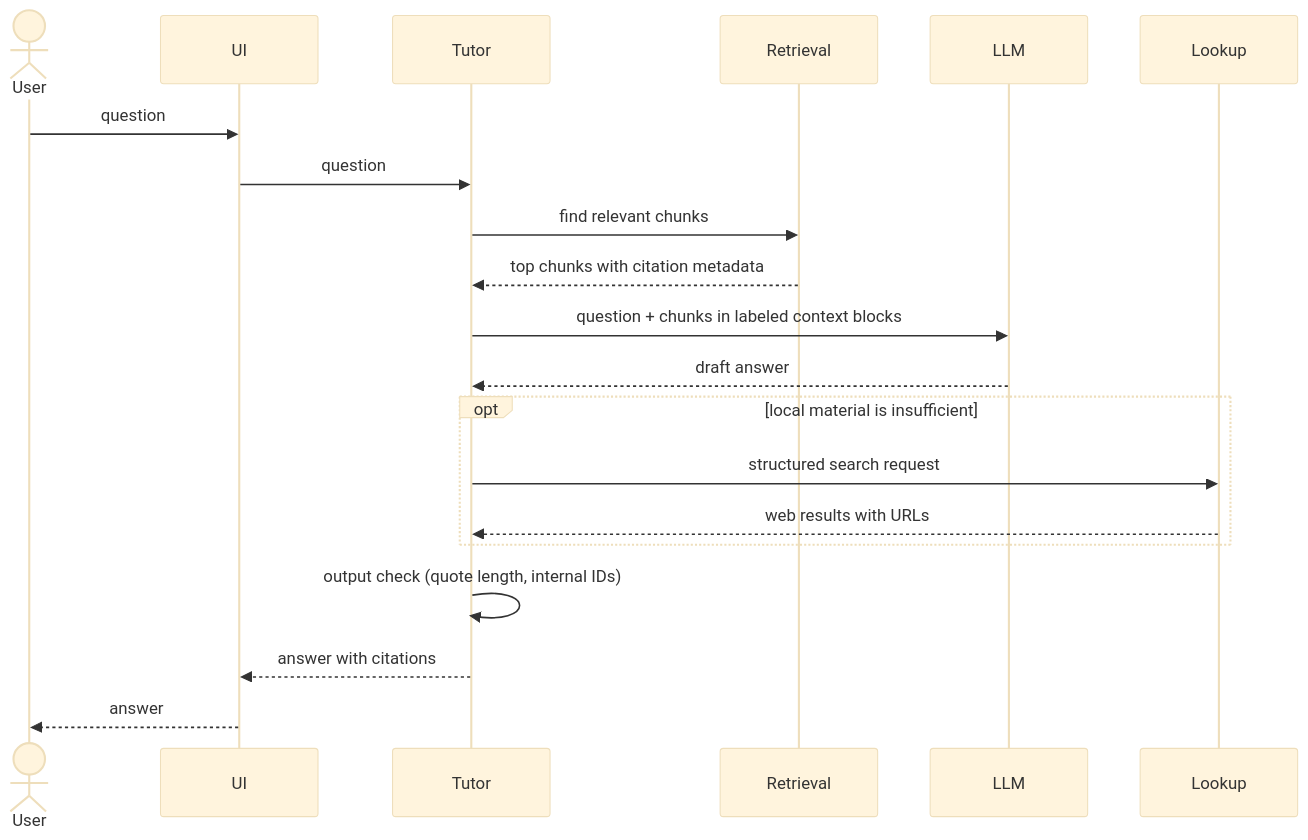
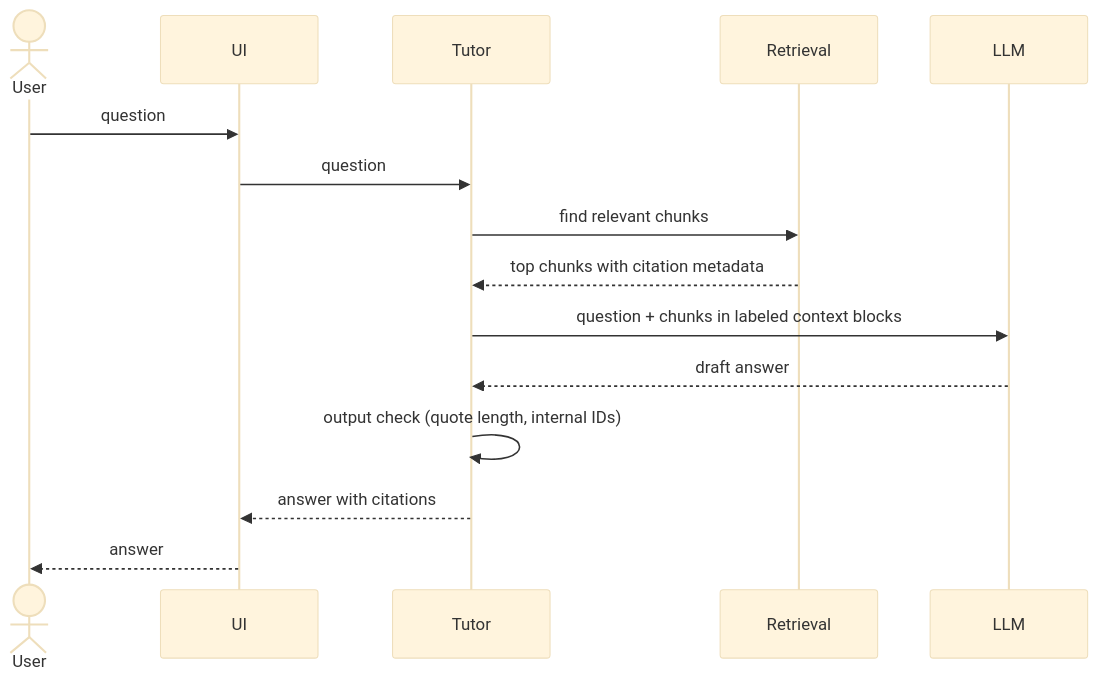
The third of 5 diagrams in docs/architecure.md (asamc/TutorAndQuizBot), drawn with Mermaid (base theme) before and after one commit. The commit also changed other lines of this file and 9 other files, not shown here.

````diff
--- a/docs/architecure.md
+++ b/docs/architecure.md
@@ -81,23 +73,18 @@
 ```mermaid
 sequenceDiagram
     actor User
     participant UI
     participant Tutor
     participant Retrieval
     participant LLM
-    participant Lookup
 
     User->>UI: question
     UI->>Tutor: question
     Tutor->>Retrieval: find relevant chunks
     Retrieval-->>Tutor: top chunks with citation metadata
     Tutor->>LLM: question + chunks in labeled context blocks
     LLM-->>Tutor: draft answer
-    opt local material is insufficient
-        Tutor->>Lookup: structured search request
-        Lookup-->>Tutor: web results with URLs
-    end
     Tutor->>Tutor: output check (quote length, internal IDs)
     Tutor-->>UI: answer with citations
     UI-->>User: answer
 ```
````
